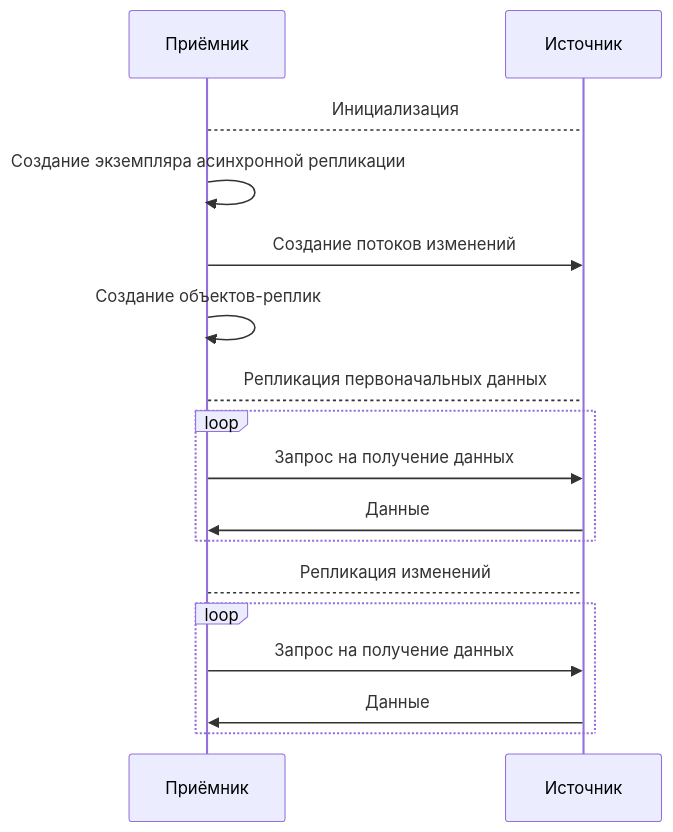
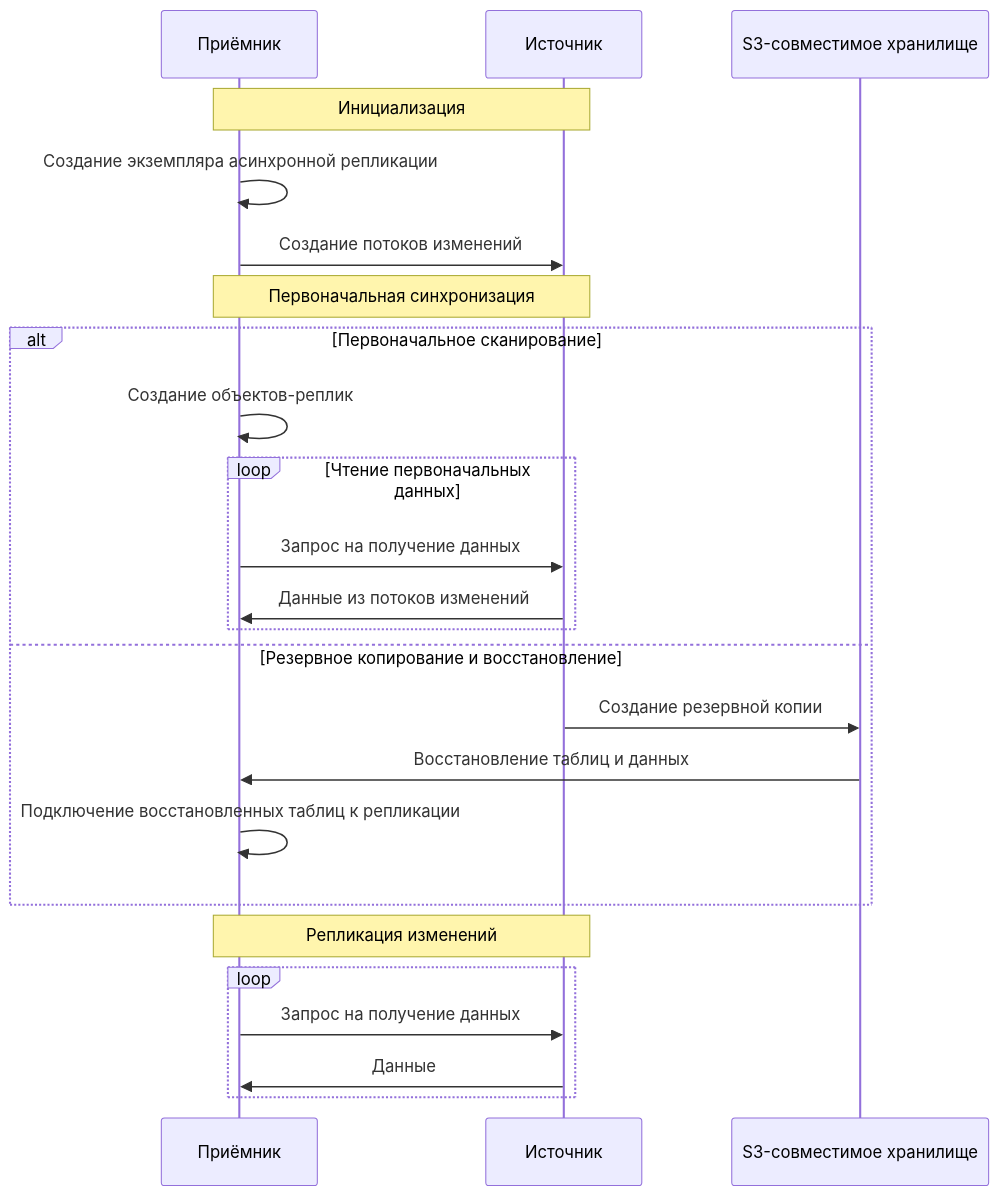
One commit to ydb-platform/ydb changed the diagram in ydb/docs/ru/core/concepts/async-replication.md. Above: the diagram before and after it, drawn with Mermaid. The commit also changed other lines of this file and 15 other files, not shown here.

````diff
--- a/ydb/docs/ru/core/concepts/async-replication.md
+++ b/ydb/docs/ru/core/concepts/async-replication.md
@@ -9,22 +9,29 @@
 ```mermaid
 sequenceDiagram
   participant dst as Приёмник
   participant src as Источник
+  participant s3 as S3-совместимое хранилище
 
-  dst-->src: Инициализация
+  Note over dst,src: Инициализация
   dst->>dst: Создание экземпляра асинхронной репликации
   dst->>src: Создание потоков изменений
-  dst->>dst: Создание объектов-реплик
 
-  dst-->src: Репликация первоначальных данных
-  loop
-    dst->>src: Запрос на получение данных
-    src->>dst: Данные
+  Note over dst,src: Первоначальная синхронизация
+  alt Первоначальное сканирование
+    dst->>dst: Создание объектов-реплик
+    loop Чтение первоначальных данных
+      dst->>src: Запрос на получение данных
+      src->>dst: Данные из потоков изменений
+    end
+  else Резервное копирование и восстановление
+    src->>s3: Создание резервной копии
+    s3->>dst: Восстановление таблиц и данных
+    dst->>dst: Подключение восстановленных таблиц к репликации
   end
 
-  dst-->src: Репликация изменений
+  Note over dst,src: Репликация изменений
   loop
     dst->>src: Запрос на получение данных
     src->>dst: Данные
   end
 ```
````
